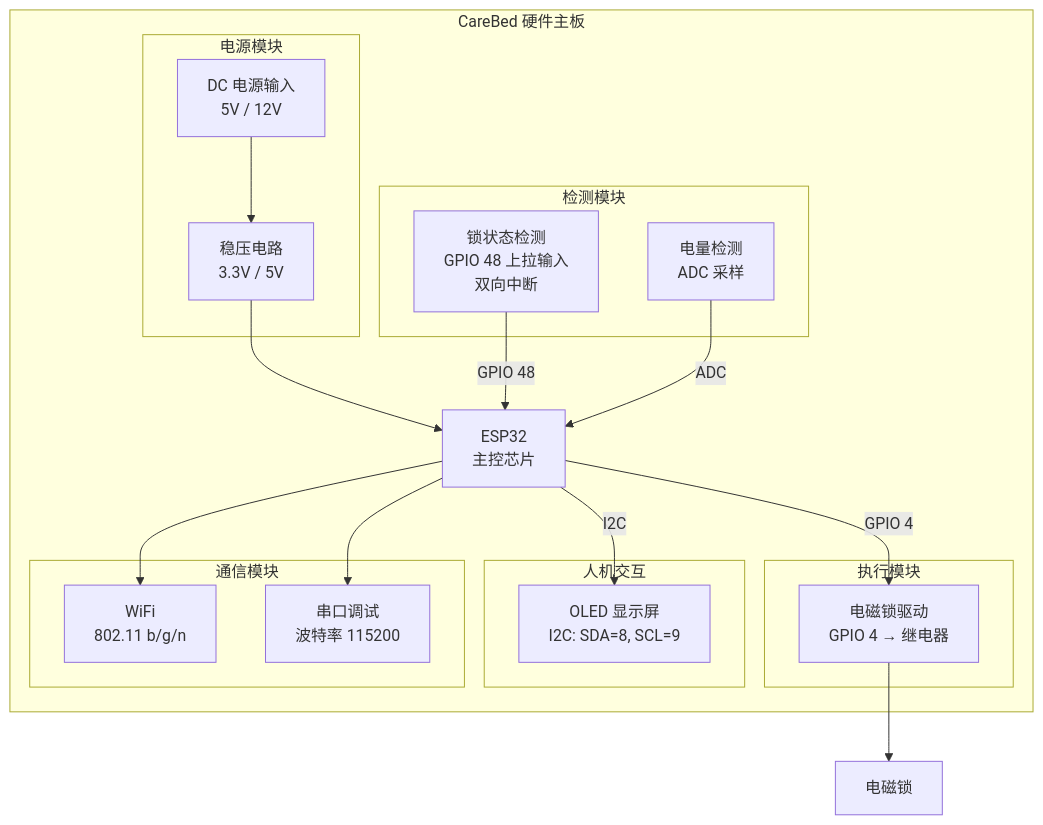
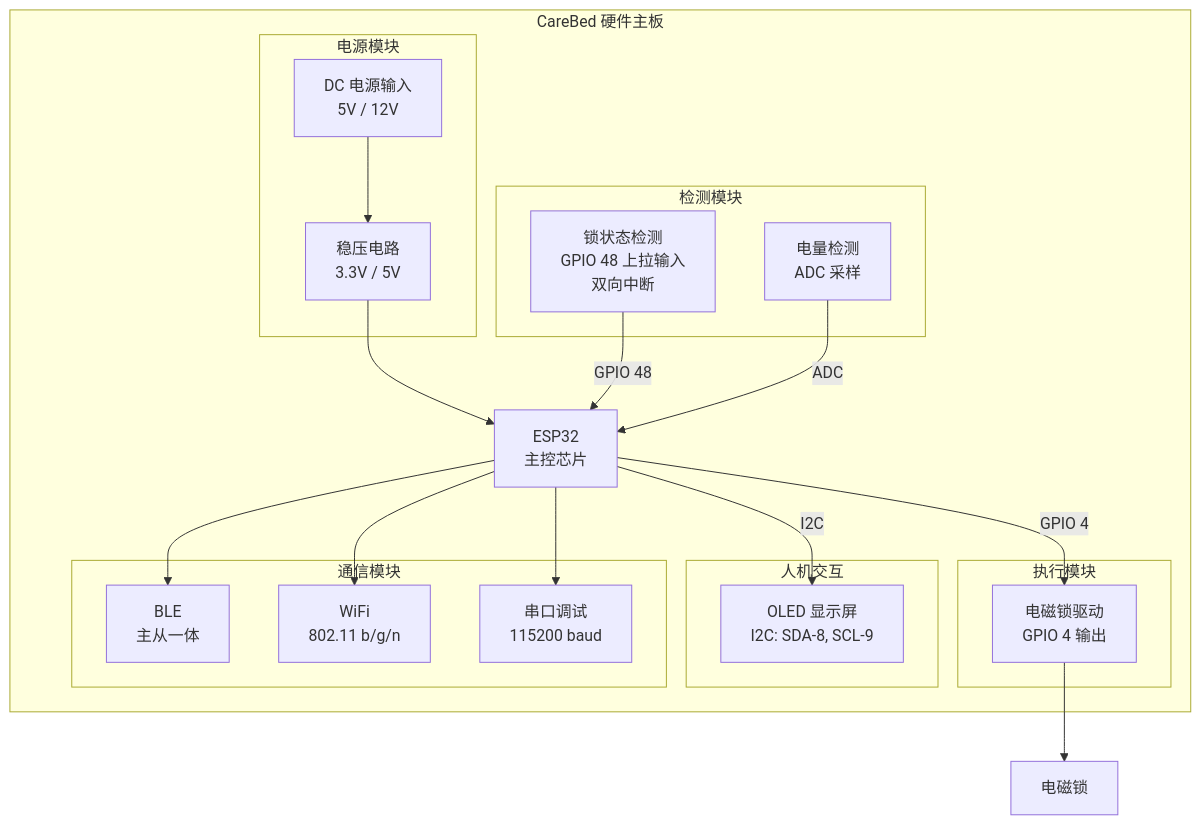
The fourth of 4 diagrams in README.md (SHIKE888/Carebed_Platform), drawn with Mermaid before and after one commit. The commit also changed other lines of this file and 118 other files, not shown here.

````diff
--- a/README.md
+++ b/README.md
@@ -108,41 +155,43 @@
 ```mermaid
 graph TB
     subgraph "CareBed 硬件主板"
         MCU[ESP32<br/>主控芯片]
-        
+
         subgraph "电源模块"
             PWR[DC 电源输入<br/>5V / 12V]
             REG[稳压电路<br/>3.3V / 5V]
         end
-        
+
         subgraph "执行模块"
-            LOCK[电磁锁驱动<br/>GPIO 4 → 继电器]
+            LOCK[电磁锁驱动<br/>GPIO 4 输出]
         end
-        
+
         subgraph "检测模块"
             SENSOR[锁状态检测<br/>GPIO 48 上拉输入<br/>双向中断]
             BAT[电量检测<br/>ADC 采样]
         end
-        
+
         subgraph "人机交互"
-            OLED[OLED 显示屏<br/>I2C: SDA=8, SCL=9]
+            OLED[OLED 显示屏<br/>I2C: SDA-8, SCL-9]
         end
-        
+
         subgraph "通信模块"
+            BLE[BLE<br/>主从一体]
             WIFI[WiFi<br/>802.11 b/g/n]
-            UART[串口调试<br/>波特率 115200]
+            UART[串口调试<br/>115200 baud]
         end
 
         PWR --> REG
         REG --> MCU
-        
+
         MCU -->|GPIO 4| LOCK
         SENSOR -->|GPIO 48| MCU
         BAT -->|ADC| MCU
         MCU -->|I2C| OLED
+        MCU --> BLE
         MCU --> WIFI
         MCU --> UART
     end
 
     LOCK --> E[电磁锁]
 ```
````
